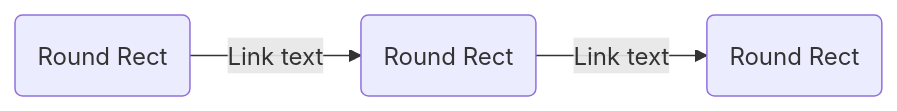
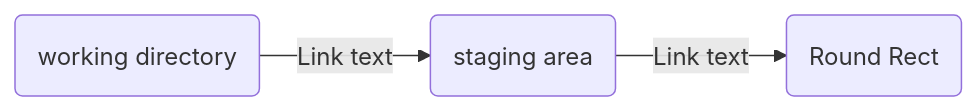
The diagram in git.md (Luming-L/Project), drawn with Mermaid before and after one commit. The commit also changed other lines of this file, not shown here.

Commit message:
git.md updated from https://stackedit.io/

````diff
--- a/git.md
+++ b/git.md
@@ -70,5 +70,5 @@
  ```mermaid
 graph LR
-A(Round Rect) -- Link text --> B(Round Rect)
+A(working directory) -- Link text --> B(staging area)
 B  -- Link text --> C(Round Rect)
 ```
````
